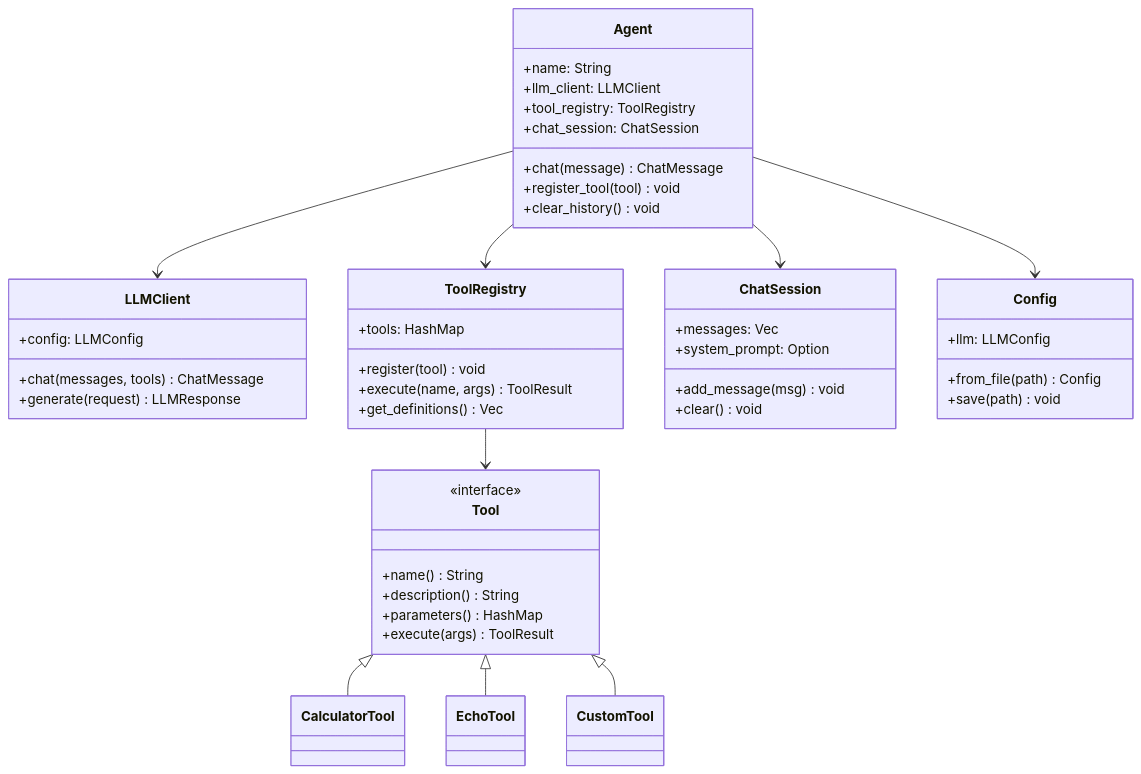
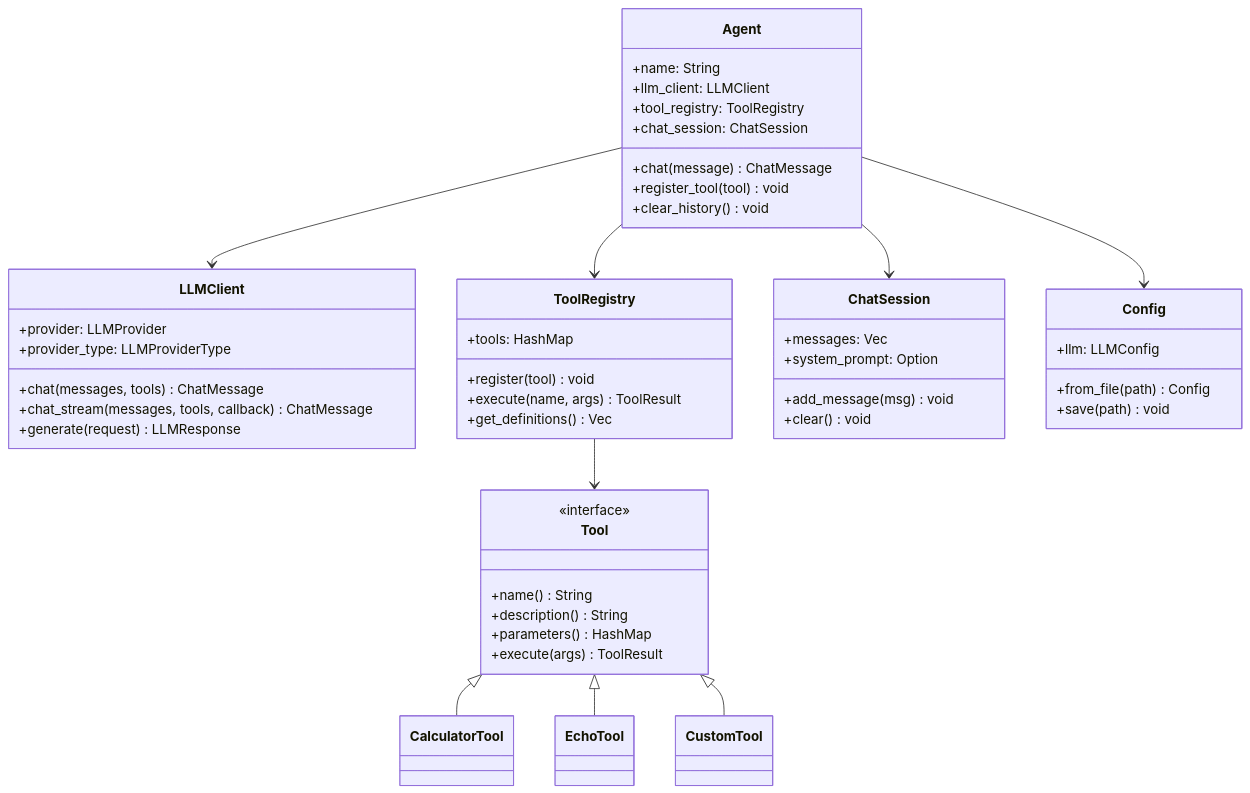
Before and after one commit to Ammar-Alnagar/Helios-Engine: the second of 4 diagrams in README.md, drawn with Mermaid. The commit also changed other lines of this file and 1 other file, not shown here.

````diff
--- a/README.md
+++ b/README.md
@@ -390,55 +485,57 @@
 ```mermaid
 classDiagram
     class Agent {
         +name: String
         +llm_client: LLMClient
         +tool_registry: ToolRegistry
         +chat_session: ChatSession
         +chat(message) ChatMessage
         +register_tool(tool) void
         +clear_history() void
     }
 
     class LLMClient {
-        +config: LLMConfig
+        +provider: LLMProvider
+        +provider_type: LLMProviderType
         +chat(messages, tools) ChatMessage
+        +chat_stream(messages, tools, callback) ChatMessage
         +generate(request) LLMResponse
     }
 
     class ToolRegistry {
         +tools: HashMap
         +register(tool) void
         +execute(name, args) ToolResult
         +get_definitions() Vec
     }
 
     class Tool {
         <<interface>>
         +name() String
         +description() String
         +parameters() HashMap
         +execute(args) ToolResult
     }
 
     class ChatSession {
         +messages: Vec
         +system_prompt: Option
         +add_message(msg) void
         +clear() void
     }
 
     class Config {
         +llm: LLMConfig
         +from_file(path) Config
         +save(path) void
     }
 
     Agent --> LLMClient
     Agent --> ToolRegistry
     Agent --> ChatSession
     Agent --> Config
     ToolRegistry --> Tool
     Tool <|-- CalculatorTool
     Tool <|-- EchoTool
     Tool <|-- CustomTool
 ```
````
